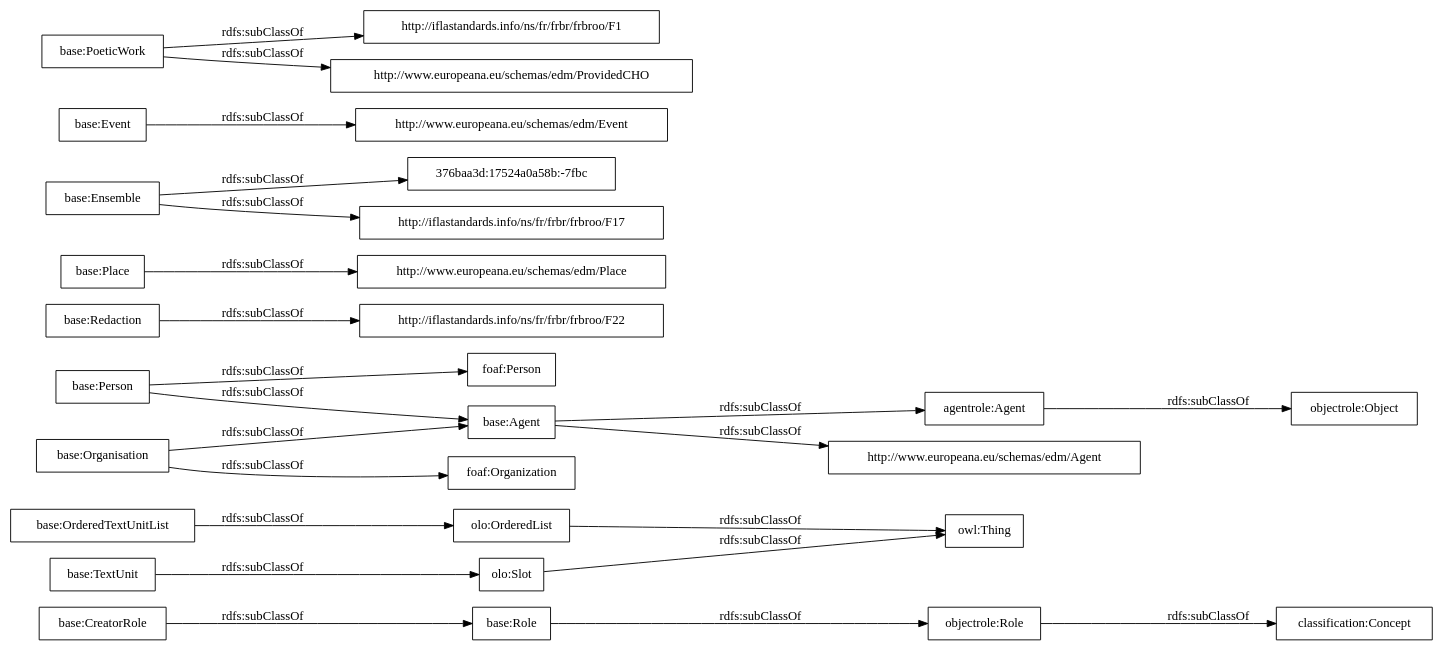
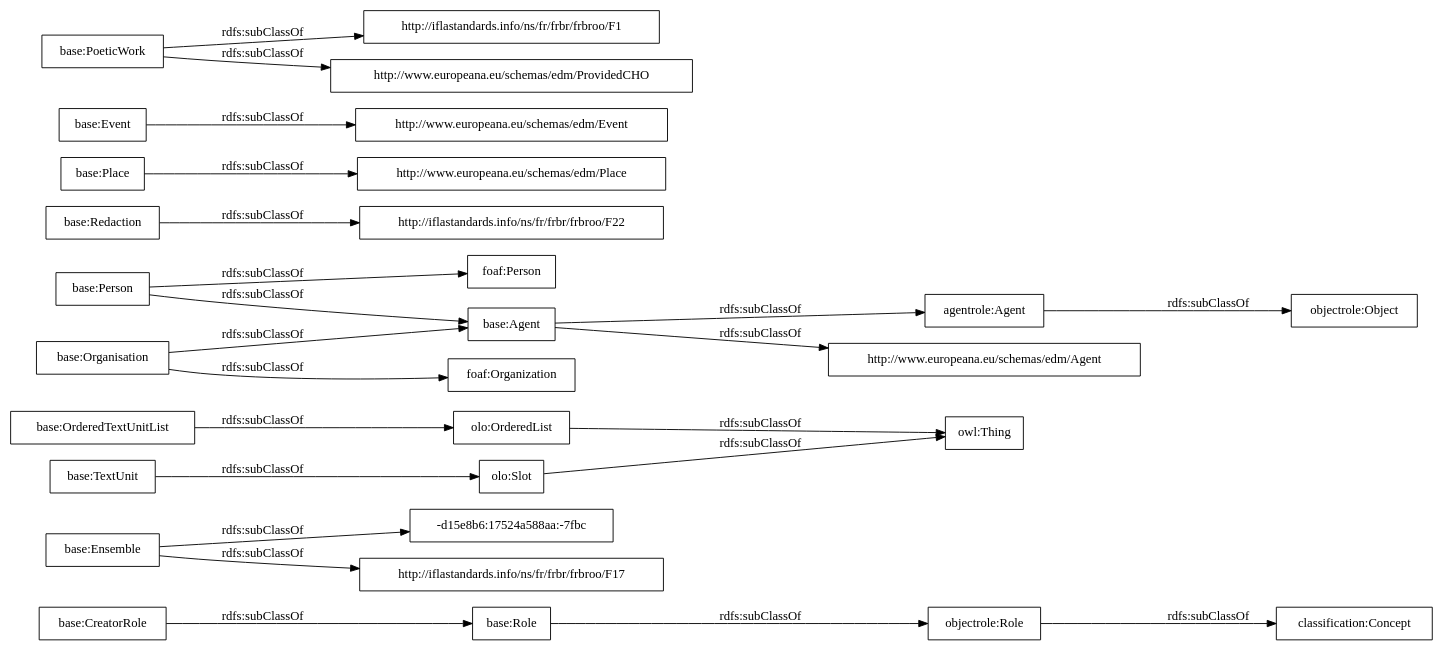
One commit to OnToologyUser/core-ontology-1 changed the diagram in OnToology/postdata-core.owl/diagrams/ar2dtool-taxonomy/postdata-core.owl.png.dot. Above: the diagram before and after it, drawn with Graphviz. The commit also changed 14 other files, not shown here.

```diff
--- a/OnToology/postdata-core.owl/diagrams/ar2dtool-taxonomy/postdata-core.owl.png.dot
+++ b/OnToology/postdata-core.owl/diagrams/ar2dtool-taxonomy/postdata-core.owl.png.dot
@@ -1,27 +1,27 @@
 digraph ar2dtool_diagram { 
 rankdir=LR;
 size="1000"
-node [shape = rectangle, color="black"]; "base:Role" "base:OrderedTextUnitList" "agentrole:Agent" "http://iflastandards.info/ns/fr/frbr/frbroo/F22" "http://www.europeana.eu/schemas/edm/Agent" "base:Agent" "base:CreatorRole" "base:Person" "base:Organisation" "http://www.europeana.eu/schemas/edm/Place" "base:Redaction" "376baa3d:17524a0a58b:-7fbc" "base:Ensemble" "foaf:Person" "http://www.europeana.eu/schemas/edm/Event" "base:TextUnit" "http://iflastandards.info/ns/fr/frbr/frbroo/F1" "foaf:Organization" "http://www.europeana.eu/schemas/edm/ProvidedCHO" "base:Place" "base:Event" "base:PoeticWork" "http://iflastandards.info/ns/fr/frbr/frbroo/F17" "owl:Thing" "objectrole:Role" "objectrole:Object" "olo:Slot" "olo:OrderedList" "classification:Concept" ; /*classes style*/
+node [shape = rectangle, color="black"]; "base:Role" "-d15e8b6:17524a588aa:-7fbc" "base:OrderedTextUnitList" "agentrole:Agent" "http://iflastandards.info/ns/fr/frbr/frbroo/F22" "http://www.europeana.eu/schemas/edm/Agent" "base:Agent" "base:CreatorRole" "base:Person" "base:Organisation" "http://www.europeana.eu/schemas/edm/Place" "base:Redaction" "base:Ensemble" "foaf:Person" "http://www.europeana.eu/schemas/edm/Event" "base:TextUnit" "http://iflastandards.info/ns/fr/frbr/frbroo/F1" "foaf:Organization" "http://www.europeana.eu/schemas/edm/ProvidedCHO" "base:Place" "base:Event" "base:PoeticWork" "http://iflastandards.info/ns/fr/frbr/frbroo/F17" "owl:Thing" "objectrole:Role" "objectrole:Object" "olo:Slot" "olo:OrderedList" "classification:Concept" ; /*classes style*/
 	"base:Redaction" -> "http://iflastandards.info/ns/fr/frbr/frbroo/F22" [ label = "rdfs:subClassOf" ];
 	"base:Role" -> "objectrole:Role" [ label = "rdfs:subClassOf" ];
 	"base:Event" -> "http://www.europeana.eu/schemas/edm/Event" [ label = "rdfs:subClassOf" ];
 	"base:Person" -> "foaf:Person" [ label = "rdfs:subClassOf" ];
 	"base:Person" -> "base:Agent" [ label = "rdfs:subClassOf" ];
 	"olo:OrderedList" -> "owl:Thing" [ label = "rdfs:subClassOf" ];
 	"olo:Slot" -> "owl:Thing" [ label = "rdfs:subClassOf" ];
 	"base:PoeticWork" -> "http://www.europeana.eu/schemas/edm/ProvidedCHO" [ label = "rdfs:subClassOf" ];
 	"base:PoeticWork" -> "http://iflastandards.info/ns/fr/frbr/frbroo/F1" [ label = "rdfs:subClassOf" ];
 	"base:TextUnit" -> "olo:Slot" [ label = "rdfs:subClassOf" ];
 	"agentrole:Agent" -> "objectrole:Object" [ label = "rdfs:subClassOf" ];
-	"base:Ensemble" -> "376baa3d:17524a0a58b:-7fbc" [ label = "rdfs:subClassOf" ];
+	"base:Ensemble" -> "-d15e8b6:17524a588aa:-7fbc" [ label = "rdfs:subClassOf" ];
 	"base:Ensemble" -> "http://iflastandards.info/ns/fr/frbr/frbroo/F17" [ label = "rdfs:subClassOf" ];
 	"base:OrderedTextUnitList" -> "olo:OrderedList" [ label = "rdfs:subClassOf" ];
 	"base:Agent" -> "agentrole:Agent" [ label = "rdfs:subClassOf" ];
 	"base:Agent" -> "http://www.europeana.eu/schemas/edm/Agent" [ label = "rdfs:subClassOf" ];
 	"objectrole:Role" -> "classification:Concept" [ label = "rdfs:subClassOf" ];
 	"base:Place" -> "http://www.europeana.eu/schemas/edm/Place" [ label = "rdfs:subClassOf" ];
 	"base:Organisation" -> "foaf:Organization" [ label = "rdfs:subClassOf" ];
 	"base:Organisation" -> "base:Agent" [ label = "rdfs:subClassOf" ];
 	"base:CreatorRole" -> "base:Role" [ label = "rdfs:subClassOf" ];
 
 }
```
